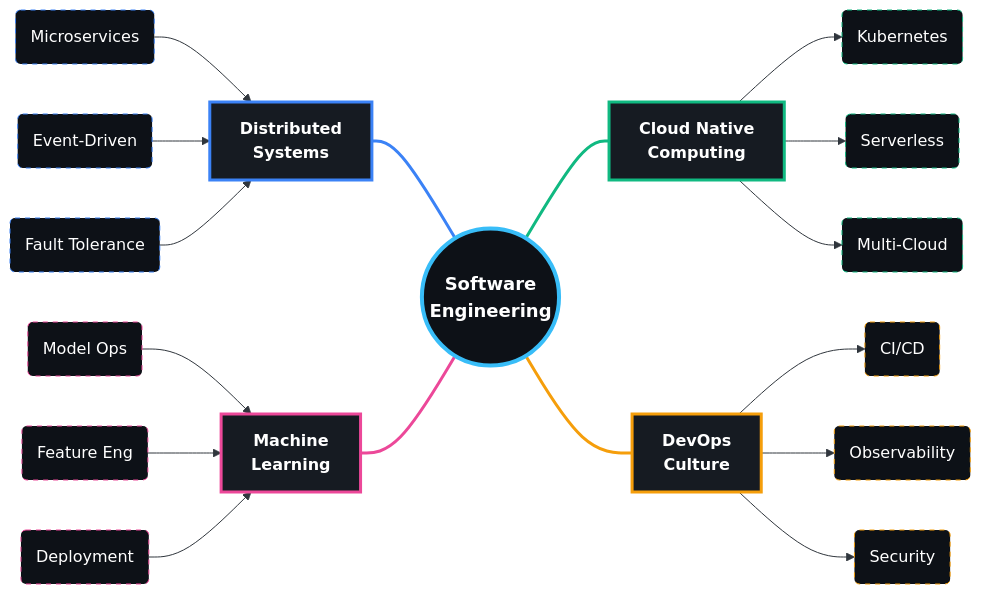
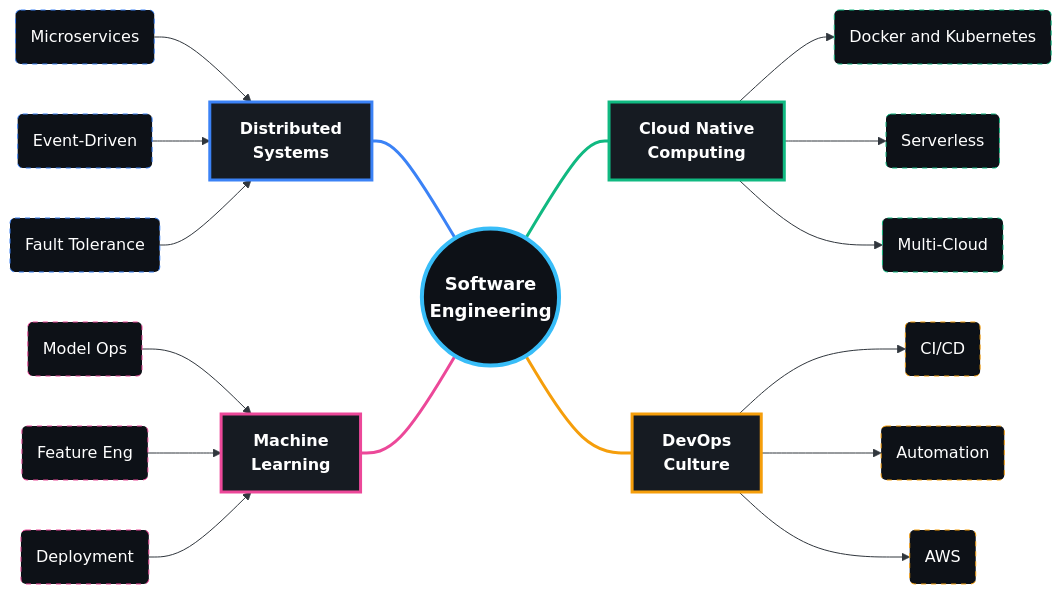
One commit to ayushdayal900/ayushdayal900 changed the first of 2 diagrams in README.md. Above: the diagram before and after it, drawn with Mermaid. The commit also changed other lines of this file, not shown here.

````diff
--- a/README.md
+++ b/README.md
@@ -351,77 +344,77 @@
 ```mermaid
 graph LR
     %% --- CENTER NODE ---
     Root((Software<br/>Engineering))
 
     %% --- LEFT SIDE (Distributed Systems - BLUE) ---
     %% Logic: Sub-nodes --> Main Node (Forces them Left)
     DS1(Microservices) --> DS
     DS2(Event-Driven) --> DS
     DS3(Fault Tolerance) --> DS
     DS[Distributed<br/>Systems]
 
     %% --- LEFT SIDE (Machine Learning - PINK) ---
     %% Logic: Sub-nodes --> Main Node (Forces them Left)
     ML1(Model Ops) --> ML
     ML2(Feature Eng) --> ML
     ML3(Deployment) --> ML
     ML[Machine<br/>Learning]
 
     %% --- RIGHT SIDE (Cloud - GREEN) ---
     %% Logic: Main Node --> Sub-nodes (Forces them Right)
-    Cloud[Cloud Native<br/>Computing] --> C1(Kubernetes)
+    Cloud[Cloud Native<br/>Computing] --> C1(Docker and Kubernetes)
     Cloud --> C2(Serverless)
     Cloud --> C3(Multi-Cloud)
 
     %% --- RIGHT SIDE (DevOps - ORANGE) ---
     %% Logic: Main Node --> Sub-nodes (Forces them Right)
     Dev[DevOps<br/>Culture] --> D1(CI/CD)
-    Dev --> D2(Observability)
-    Dev --> D3(Security)
+    Dev --> D2(Automation)
+    Dev --> D3(AWS)
 
     %% --- CONNECTING TO CENTER ---
     DS === Root
     ML === Root
     Root === Cloud
     Root === Dev
 
     %% --- STYLING DEFINITIONS ---
     classDef rootStyle fill:#0d1117,stroke:#38bdf8,stroke-width:4px,color:#fff,font-size:18px,font-weight:bold;
     
     %% Main Parent Node Styles
     classDef blueNode fill:#161b22,stroke:#3b82f6,stroke-width:3px,color:#fff,font-weight:bold;
     classDef pinkNode fill:#161b22,stroke:#ec4899,stroke-width:3px,color:#fff,font-weight:bold;
     classDef greenNode fill:#161b22,stroke:#10b981,stroke-width:3px,color:#fff,font-weight:bold;
     classDef orangeNode fill:#161b22,stroke:#f59e0b,stroke-width:3px,color:#fff,font-weight:bold;
 
     %% Sub-Node Styles (Matching Parent Colors with Dashed Borders)
     classDef subBlue fill:#0d1117,stroke:#3b82f6,stroke-width:1px,color:#fff,stroke-dasharray: 5 5;
     classDef subPink fill:#0d1117,stroke:#ec4899,stroke-width:1px,color:#fff,stroke-dasharray: 5 5;
     classDef subGreen fill:#0d1117,stroke:#10b981,stroke-width:1px,color:#fff,stroke-dasharray: 5 5;
     classDef subOrange fill:#0d1117,stroke:#f59e0b,stroke-width:1px,color:#fff,stroke-dasharray: 5 5;
 
     %% --- APPLY STYLES ---
     class Root rootStyle;
     
     %% Apply Colors to Main Nodes
     class DS blueNode;
     class ML pinkNode;
     class Cloud greenNode;
     class Dev orangeNode;
 
     %% Apply Colors to Sub Nodes
     class DS1,DS2,DS3 subBlue;
     class ML1,ML2,ML3 subPink;
     class C1,C2,C3 subGreen;
     class D1,D2,D3 subOrange;
 
     %% --- LINK STYLING ---
     %% Default grey for sub-nodes connections
     linkStyle 0,1,2,3,4,5,6,7,8,9,10,11 stroke:#30363d,stroke-width:1px,fill:none;
     
     %% Thick colorful links for main connections
     linkStyle 12 stroke:#3b82f6,stroke-width:3px;
     linkStyle 13 stroke:#ec4899,stroke-width:3px;
     linkStyle 14 stroke:#10b981,stroke-width:3px;
     linkStyle 15 stroke:#f59e0b,stroke-width:3px;
 ```
````
